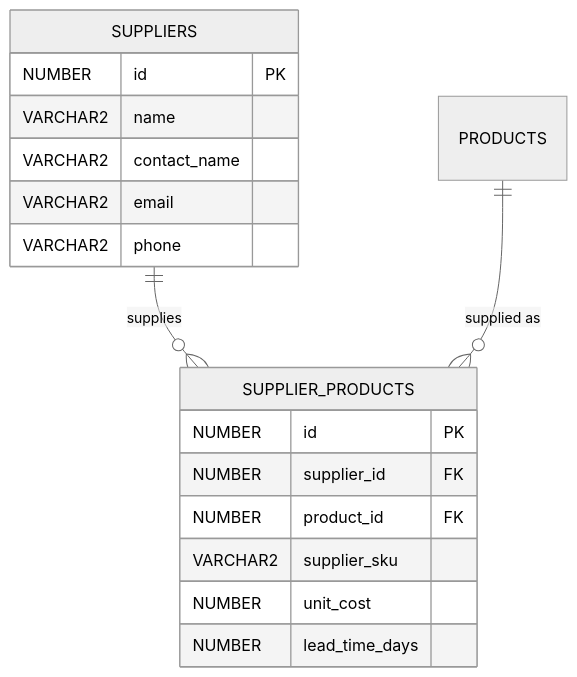
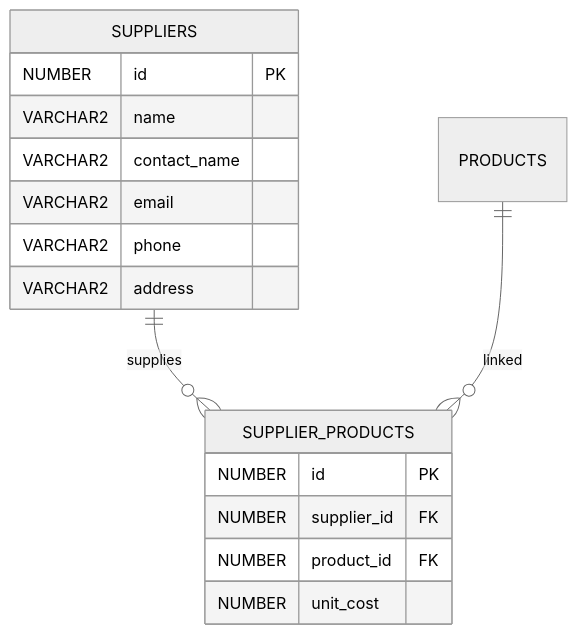
One commit to kirtika-0102/StockSmart changed the third of 9 diagrams in docs/database.md. Above: the diagram before and after it, drawn with Mermaid (neutral theme). The commit also changed other lines of this file and 74 other files, not shown here.

Commit message:
architecture of application

````diff
--- a/docs/database.md
+++ b/docs/database.md
@@ -143,21 +86,20 @@
 ```mermaid
 erDiagram
-    SUPPLIERS ||--o{ SUPPLIER_PRODUCTS : "supplies"
-    PRODUCTS ||--o{ SUPPLIER_PRODUCTS : "supplied as"
+    SUPPLIERS ||--o{ SUPPLIER_PRODUCTS : supplies
+    PRODUCTS ||--o{ SUPPLIER_PRODUCTS : linked
 
     SUPPLIERS {
         NUMBER id PK
         VARCHAR2 name
         VARCHAR2 contact_name
         VARCHAR2 email
         VARCHAR2 phone
+        VARCHAR2 address
     }
     SUPPLIER_PRODUCTS {
         NUMBER id PK
         NUMBER supplier_id FK
         NUMBER product_id FK
-        VARCHAR2 supplier_sku
         NUMBER unit_cost
-        NUMBER lead_time_days
     }
 ```
````
